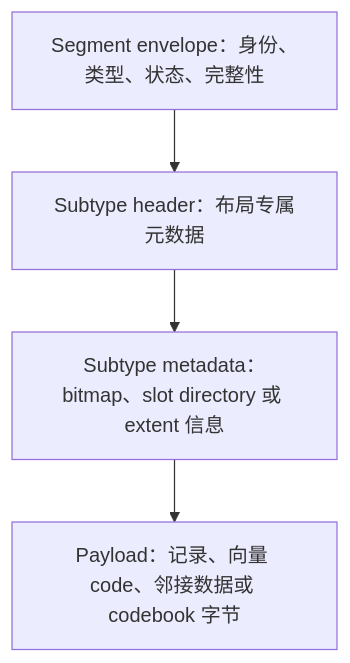
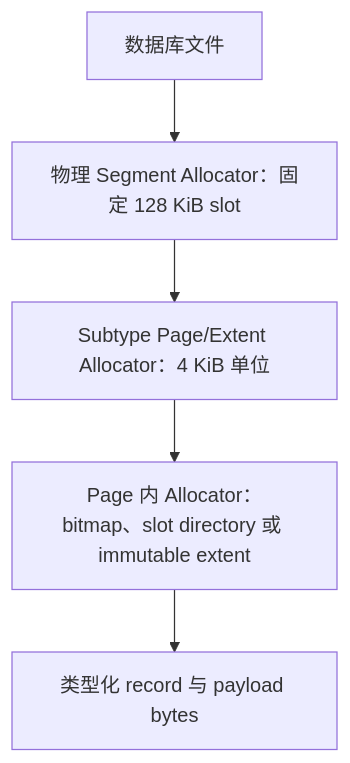
The first of 3 diagrams in docs/apps/docs/content/docs/zh/zyx/architecture/segment-storage-vnext.mdx (nexepic/zyx), drawn with Mermaid before and after one commit. The commit also changed other lines of this file and 1 other file, not shown here.

Commit message:
Document segment storage migration plan

````diff
--- a/docs/apps/docs/content/docs/zh/zyx/architecture/segment-storage-vnext.mdx
+++ b/docs/apps/docs/content/docs/zh/zyx/architecture/segment-storage-vnext.mdx
@@ -40,10 +66,12 @@
 ```mermaid
 flowchart TB
-    A["Segment envelope：身份、类型、状态、完整性"]
-    B["Subtype header：布局专属元数据"]
-    C["Subtype metadata：bitmap、slot directory 或 extent 信息"]
-    D["Payload：记录、向量 code、邻接数据或 codebook 字节"]
+    A["数据库文件"]
+    B["物理 Segment Allocator：固定 128 KiB slot"]
+    C["Subtype Page/Extent Allocator：4 KiB 单位"]
+    D["Page 内 Allocator：bitmap、slot directory 或 immutable extent"]
+    E["类型化 record 与 payload bytes"]
     A --> B
     B --> C
     C --> D
+    D --> E
 ```
````
